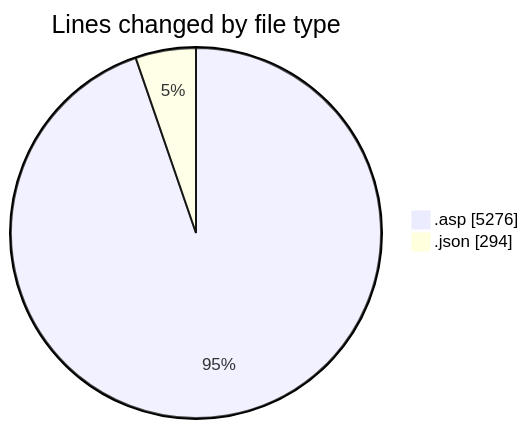
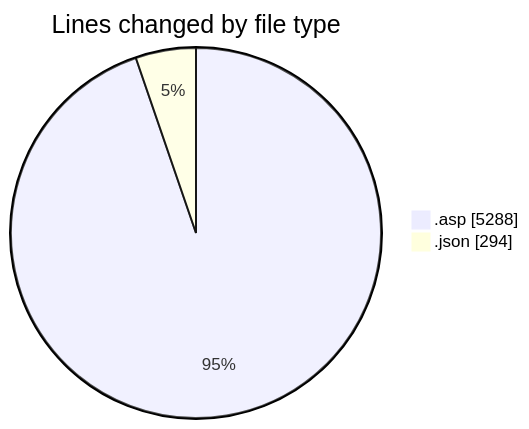
One commit to julien-gomy/code-tracking changed the first of 2 diagrams in 2025-10-27/usr_aleoudev_fr__workspace_/README.md. Above: the diagram before and after it, drawn with Mermaid. The commit also changed other lines of this file and 1 other file, not shown here.

````diff
--- a/2025-10-27/usr_aleoudev_fr__workspace_/README.md
+++ b/2025-10-27/usr_aleoudev_fr__workspace_/README.md
@@ -26,6 +26,6 @@
 ```mermaid
 pie showData
 title Lines changed by file type
-".asp" : 5276
+".asp" : 5288
 ".json" : 294
 ```
````
